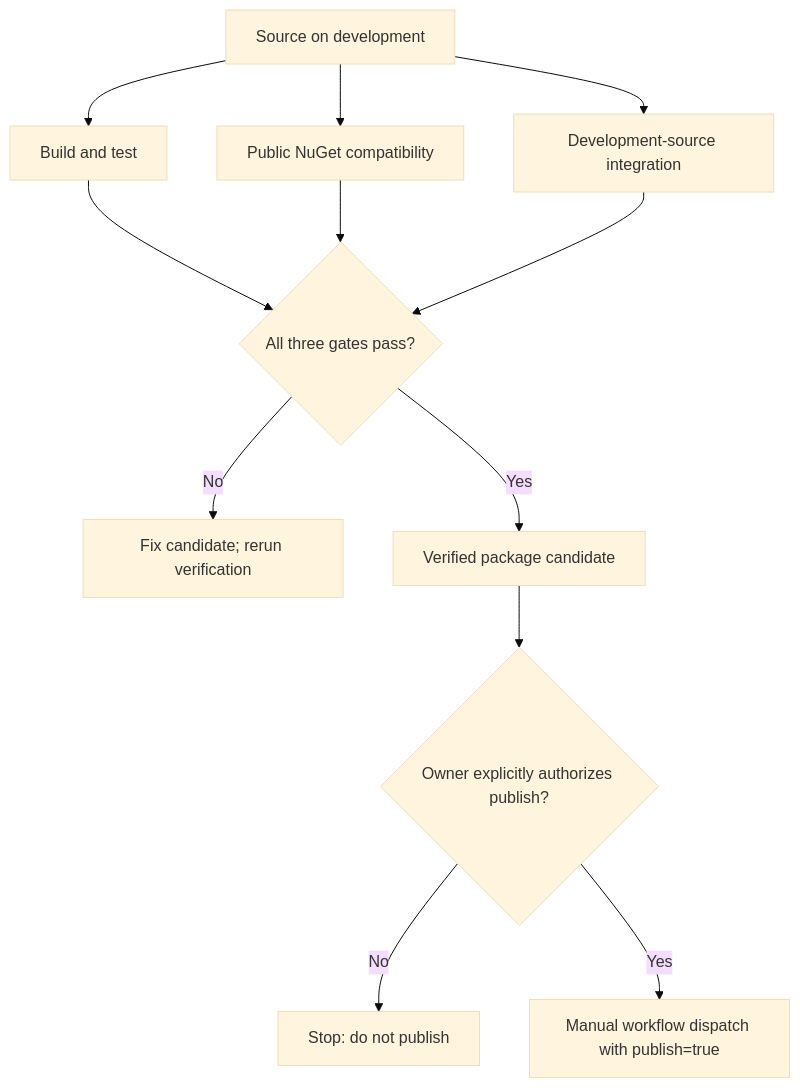
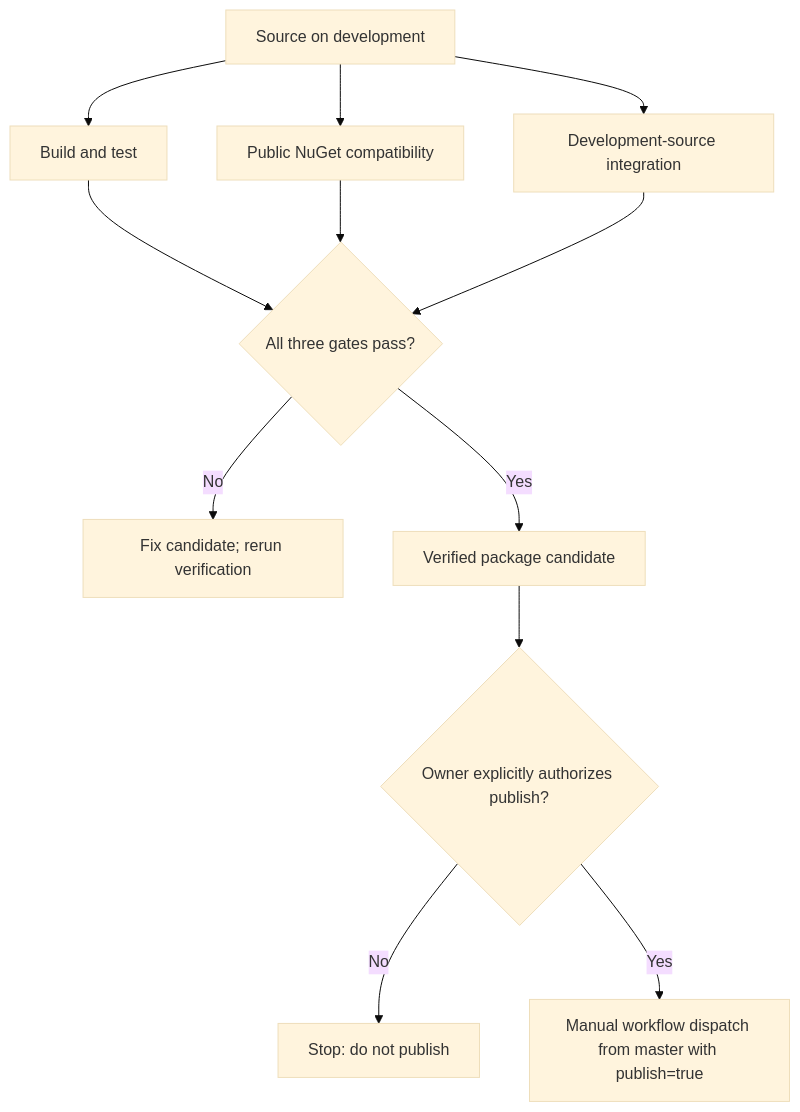
One commit to TrentBest/TheSingularityWorkshop.FSM_COS changed the diagram in docs/DEVELOPMENT.md. Above: the diagram before and after it, drawn with Mermaid (base theme). The commit also changed other lines of this file, not shown here.

Commit message:
Keep development guide aligned with master-only publication gate

````diff
--- a/docs/DEVELOPMENT.md
+++ b/docs/DEVELOPMENT.md
@@ -143,14 +143,14 @@
 ```mermaid
 flowchart TD
     A[Source on development] --> B[Build and test]
     A --> C[Public NuGet compatibility]
     A --> D[Development-source integration]
     B --> E{All three gates pass?}
     C --> E
     D --> E
     E -- No --> F[Fix candidate; rerun verification]
     E -- Yes --> G[Verified package candidate]
     G --> H{Owner explicitly authorizes publish?}
     H -- No --> I[Stop: do not publish]
-    H -- Yes --> J[Manual workflow dispatch with publish=true]
+    H -- Yes --> J[Manual workflow dispatch from master with publish=true]
 ```
````
